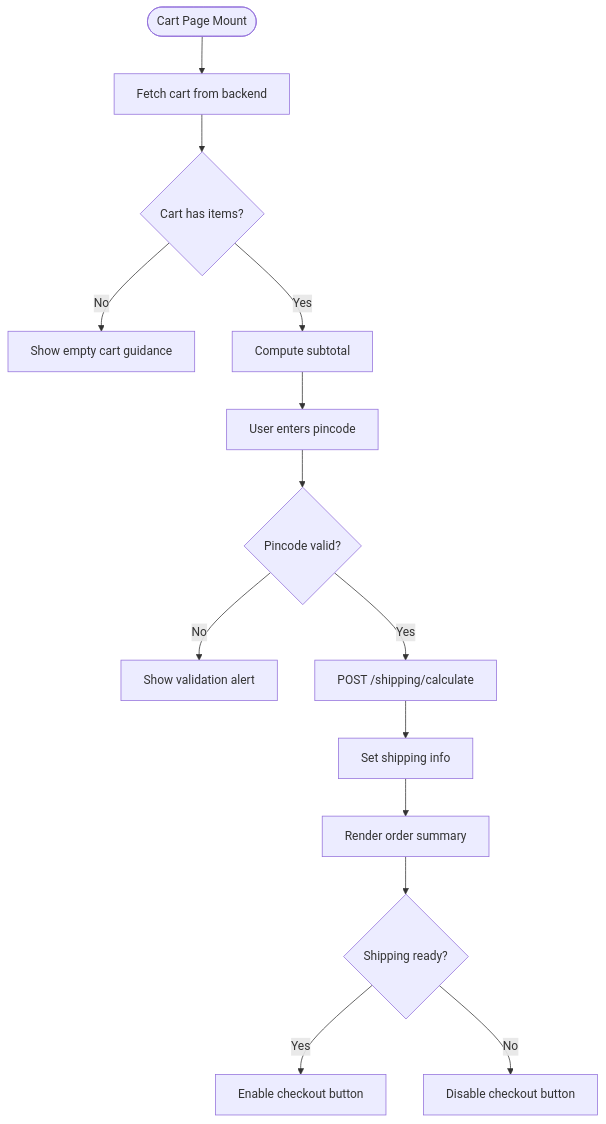
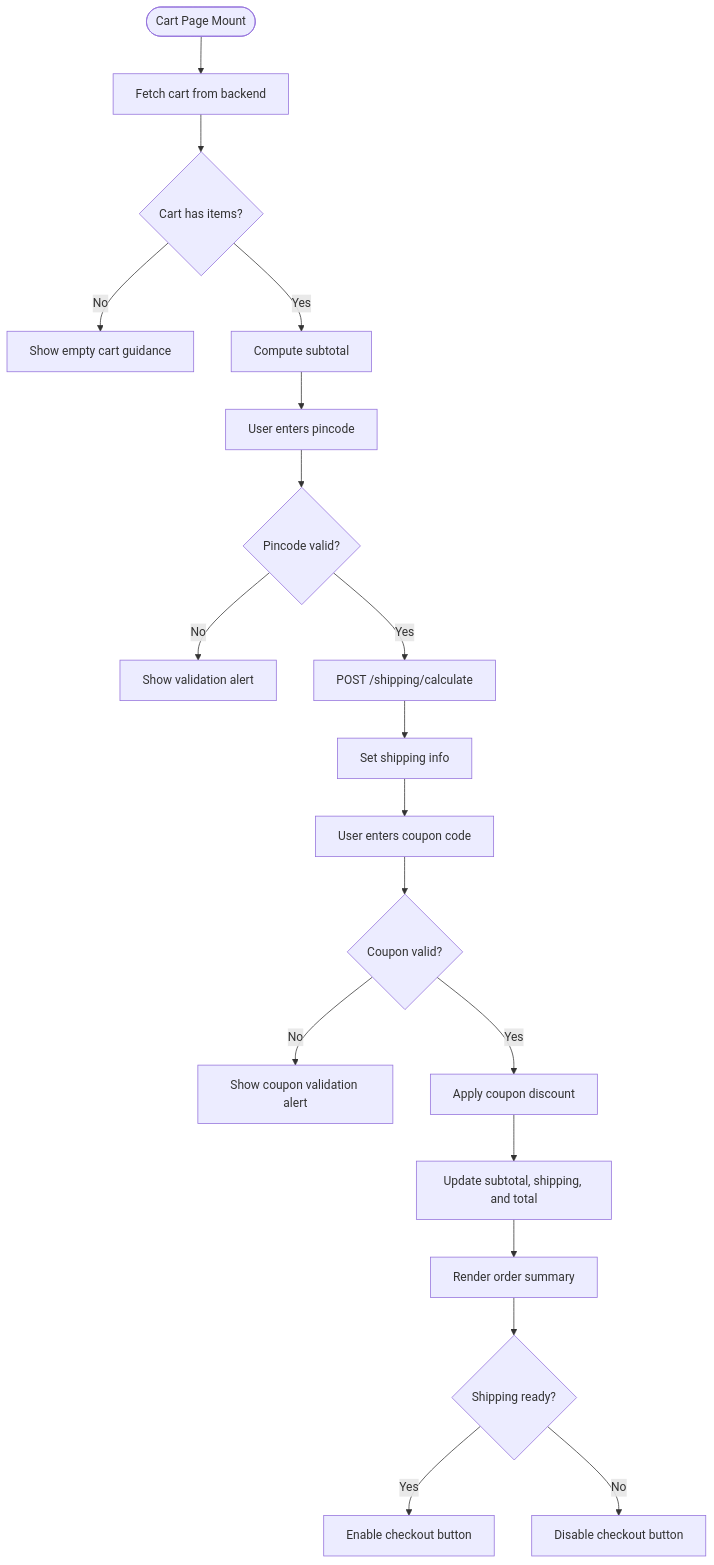
Before and after one commit to Pavan-PSPK9032/TrendsandToss: the fourth of 11 diagrams in .qoder/repowiki/en/content/Shopping Experience/Shopping Cart Management.md, drawn with Mermaid. The commit also changed other lines of this file and 16 other files, not shown here.

````diff
--- a/.qoder/repowiki/en/content/Shopping Experience/Shopping Cart Management.md
+++ b/.qoder/repowiki/en/content/Shopping Experience/Shopping Cart Management.md
@@ -189,16 +241,21 @@
 ```mermaid
 flowchart TD
 Start(["Cart Page Mount"]) --> LoadCart["Fetch cart from backend"]
 LoadCart --> HasItems{"Cart has items?"}
 HasItems --> |No| EmptyState["Show empty cart guidance"]
 HasItems --> |Yes| ComputeSubtotal["Compute subtotal"]
 ComputeSubtotal --> PincodeEntry["User enters pincode"]
 PincodeEntry --> ValidatePin{"Pincode valid?"}
 ValidatePin --> |No| ShowAlert["Show validation alert"]
 ValidatePin --> |Yes| CallShipping["POST /shipping/calculate"]
 CallShipping --> UpdateShipping["Set shipping info"]
-UpdateShipping --> RenderSummary["Render order summary"]
+UpdateShipping --> CouponEntry["User enters coupon code"]
+CouponEntry --> ValidateCoupon{"Coupon valid?"}
+ValidateCoupon --> |No| ShowCouponAlert["Show coupon validation alert"]
+ValidateCoupon --> |Yes| ApplyCoupon["Apply coupon discount"]
+ApplyCoupon --> UpdateTotals["Update subtotal, shipping, and total"]
+UpdateTotals --> RenderSummary["Render order summary"]
 RenderSummary --> ReadyToCheckout{"Shipping ready?"}
 ReadyToCheckout --> |Yes| EnableCheckout["Enable checkout button"]
 ReadyToCheckout --> |No| DisableCheckout["Disable checkout button"]
 ```
````
